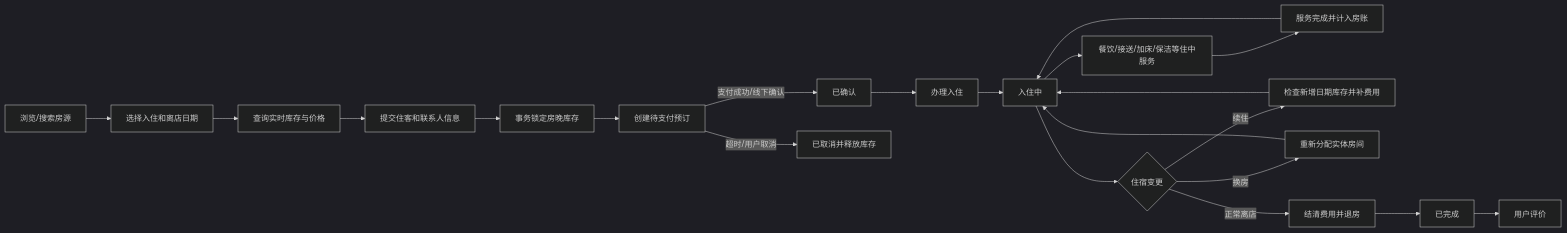
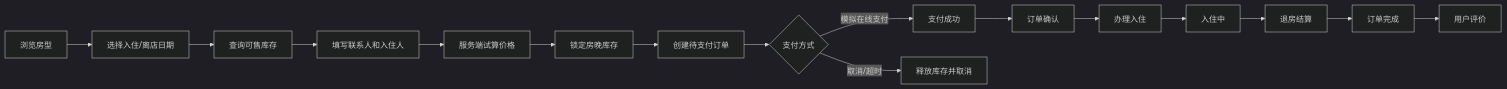
The diagram in 民宿服务信息管理系统-详细开发文档.md (zyf-github100/homestay-platform), drawn with Mermaid (dark theme) before and after one commit. The commit also changed other lines of this file and 20 other files, not shown here.

````diff
--- a/民宿服务信息管理系统-详细开发文档.md
+++ b/民宿服务信息管理系统-详细开发文档.md
@@ -212,23 +148,18 @@
 ```mermaid
 flowchart LR
-    A[浏览/搜索房源] --> B[选择入住和离店日期]
-    B --> C[查询实时库存与价格]
-    C --> D[提交住客和联系人信息]
-    D --> E[事务锁定房晚库存]
-    E --> F[创建待支付预订]
-    F -->|支付成功/线下确认| G[已确认]
-    F -->|超时/用户取消| X[已取消并释放库存]
-    G --> H[办理入住]
-    H --> I[入住中]
-    I --> S[餐饮/接送/加床/保洁等住中服务]
-    S --> T[服务完成并计入房账]
-    T --> I
-    I --> J{住宿变更}
-    J -->|续住| K[检查新增日期库存并补费用]
-    J -->|换房| L[重新分配实体房间]
-    J -->|正常离店| M[结清费用并退房]
-    K --> I
-    L --> I
-    M --> N[已完成]
-    N --> O[用户评价]
+  A[浏览房型] --> B[选择入住/离店日期]
+  B --> C[查询可售库存]
+  C --> D[填写联系人和入住人]
+  D --> E[服务端试算价格]
+  E --> F[锁定房晚库存]
+  F --> G[创建待支付订单]
+  G --> H{支付方式}
+  H -->|模拟在线支付| I[支付成功]
+  H -->|取消/超时| J[释放库存并取消]
+  I --> K[订单确认]
+  K --> L[办理入住]
+  L --> M[入住中]
+  M --> N[退房结算]
+  N --> O[订单完成]
+  O --> P[用户评价]
 ```
````
